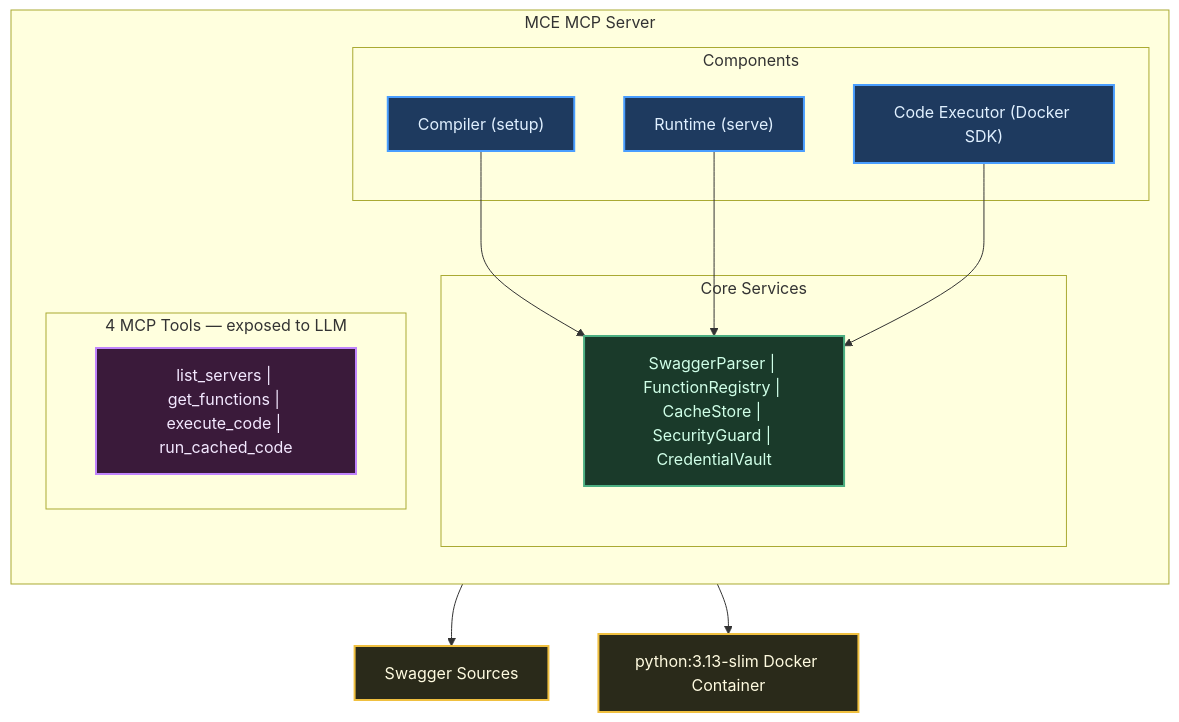
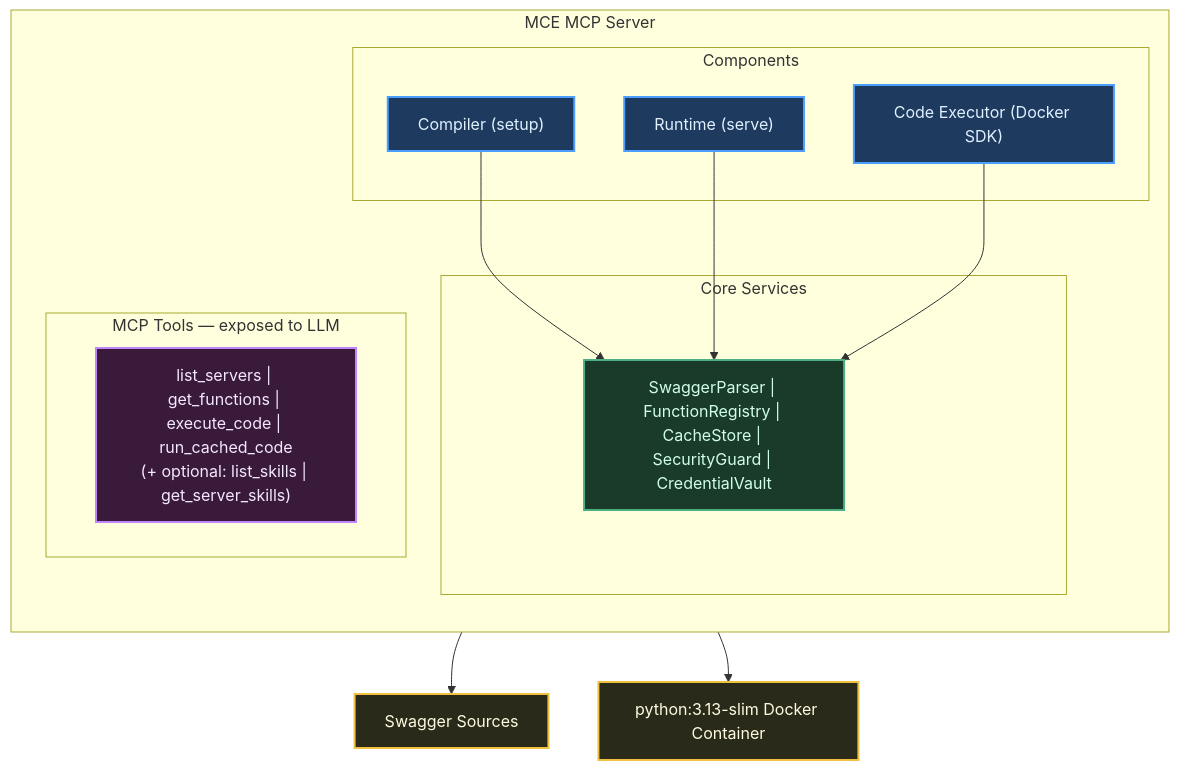
One commit to hypen-code/mcp-code-execution changed the first of 2 diagrams in README.md. Above: the diagram before and after it, drawn with Mermaid. The commit also changed other lines of this file, not shown here.

Commit message:
feat: add optional list_skills and get_server_skills tools and update security/environment documentation

````diff
--- a/README.md
+++ b/README.md
@@ -32,31 +39,31 @@
 ```mermaid
 flowchart TB
     classDef component fill:#1e3a5f,stroke:#4a9eff,stroke-width:2px,color:#e0f0ff
     classDef core     fill:#1a3a2a,stroke:#4caf82,stroke-width:2px,color:#d0ffe8
     classDef tools    fill:#3a1a3a,stroke:#c084fc,stroke-width:2px,color:#f3e8ff
     classDef external fill:#2a2a1a,stroke:#f0c040,stroke-width:2px,color:#fffbe0
 
     subgraph MCE["MCE MCP Server"]
         direction TB
         subgraph Components["Components"]
             Compiler["Compiler (setup)"]:::component
             Runtime["Runtime (serve)"]:::component
             Executor["Code Executor (Docker SDK)"]:::component
         end
 
         subgraph Core["Core Services"]
             CS["SwaggerParser | FunctionRegistry | CacheStore | SecurityGuard | CredentialVault"]:::core
         end
 
-        subgraph Tools["4 MCP Tools — exposed to LLM"]
-            T["list_servers | get_functions | execute_code | run_cached_code"]:::tools
+        subgraph Tools["MCP Tools — exposed to LLM"]
+            T["list_servers | get_functions | execute_code | run_cached_code\n(+ optional: list_skills | get_server_skills)"]:::tools
         end
 
         Compiler --> CS
         Runtime  --> CS
         Executor --> CS
     end
 
     MCE --> Swagger["Swagger Sources"]:::external
     MCE --> Docker["python:3.13-slim Docker Container"]:::external
 ```
````
